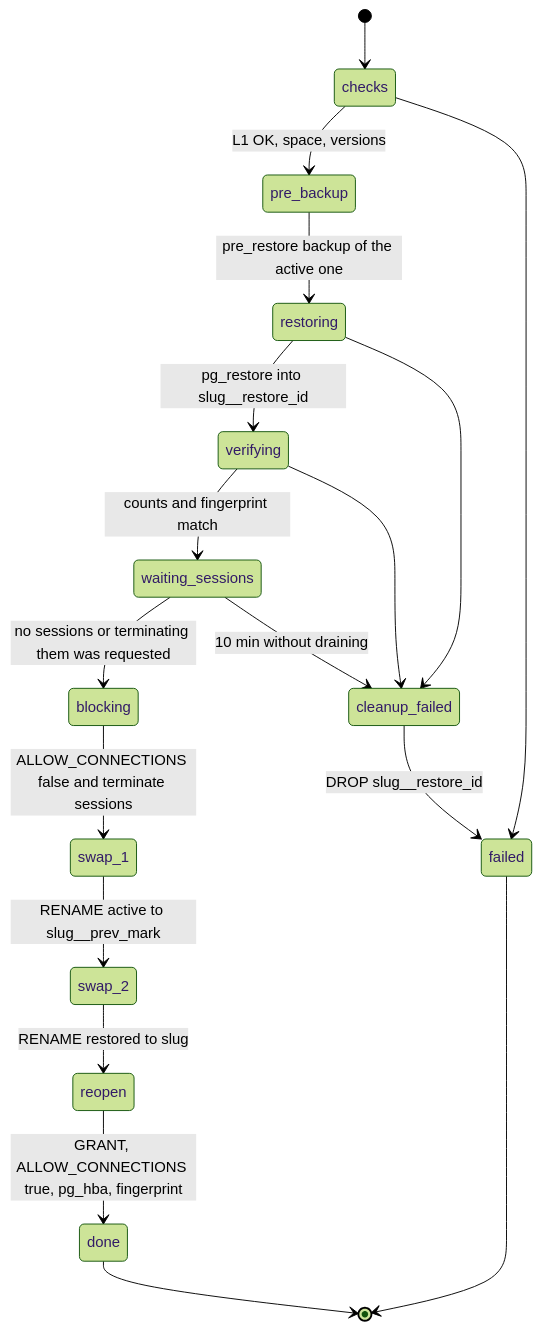
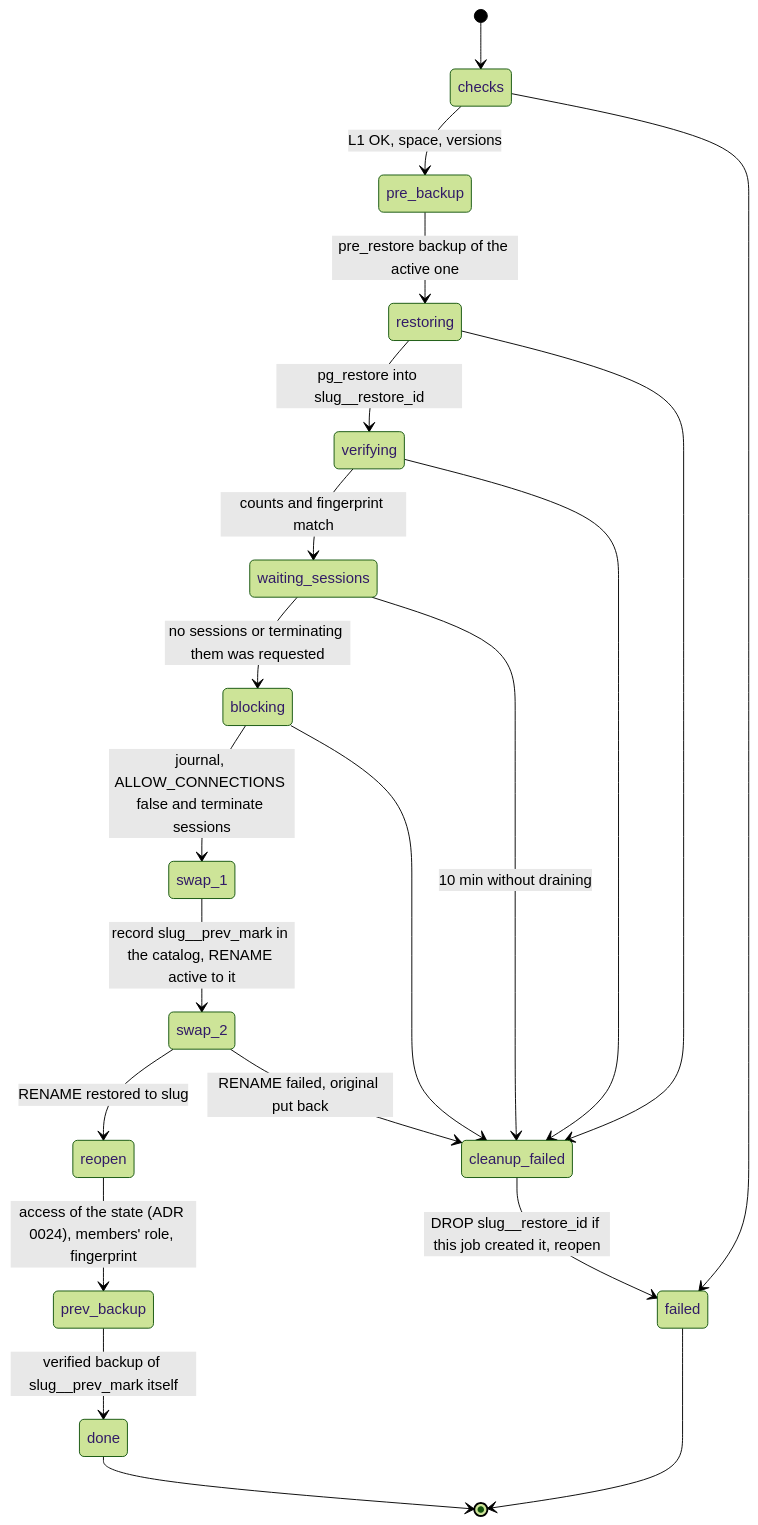
One commit to donutinit/sqsolve changed the first of 2 diagrams in docs/11-backups-and-automation.md. Above: the diagram before and after it, drawn with Mermaid (forest theme). The commit also changed other lines of this file and 142 other files, not shown here.

````diff
--- a/docs/11-backups-and-automation.md
+++ b/docs/11-backups-and-automation.md
@@ -130,20 +188,23 @@
 ```mermaid
 stateDiagram-v2
   [*] --> checks
   checks --> pre_backup: L1 OK, space, versions
   pre_backup --> restoring: pre_restore backup of the active one
   restoring --> verifying: pg_restore into slug__restore_id
   verifying --> waiting_sessions: counts and fingerprint match
   waiting_sessions --> blocking: no sessions or terminating them was requested
-  blocking --> swap_1: ALLOW_CONNECTIONS false and terminate sessions
-  swap_1 --> swap_2: RENAME active to slug__prev_mark
+  blocking --> swap_1: journal, ALLOW_CONNECTIONS false and terminate sessions
+  swap_1 --> swap_2: record slug__prev_mark in the catalog, RENAME active to it
   swap_2 --> reopen: RENAME restored to slug
-  reopen --> done: GRANT, ALLOW_CONNECTIONS true, pg_hba, fingerprint
+  reopen --> prev_backup: access of the state (ADR 0024), members' role, fingerprint
+  prev_backup --> done: verified backup of slug__prev_mark itself
   checks --> failed
   restoring --> cleanup_failed
   verifying --> cleanup_failed
   waiting_sessions --> cleanup_failed: 10 min without draining
-  cleanup_failed --> failed: DROP slug__restore_id
+  blocking --> cleanup_failed
+  swap_2 --> cleanup_failed: RENAME failed, original put back
+  cleanup_failed --> failed: DROP slug__restore_id if this job created it, reopen
   done --> [*]
   failed --> [*]
 ```
````
